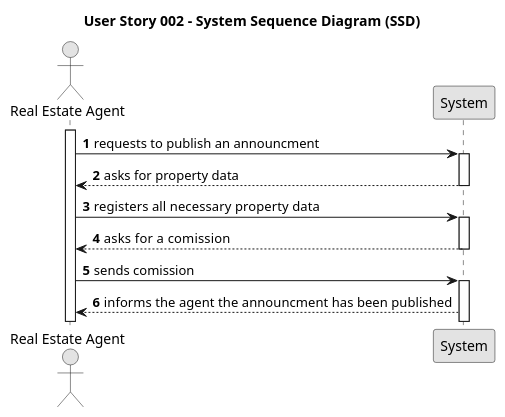
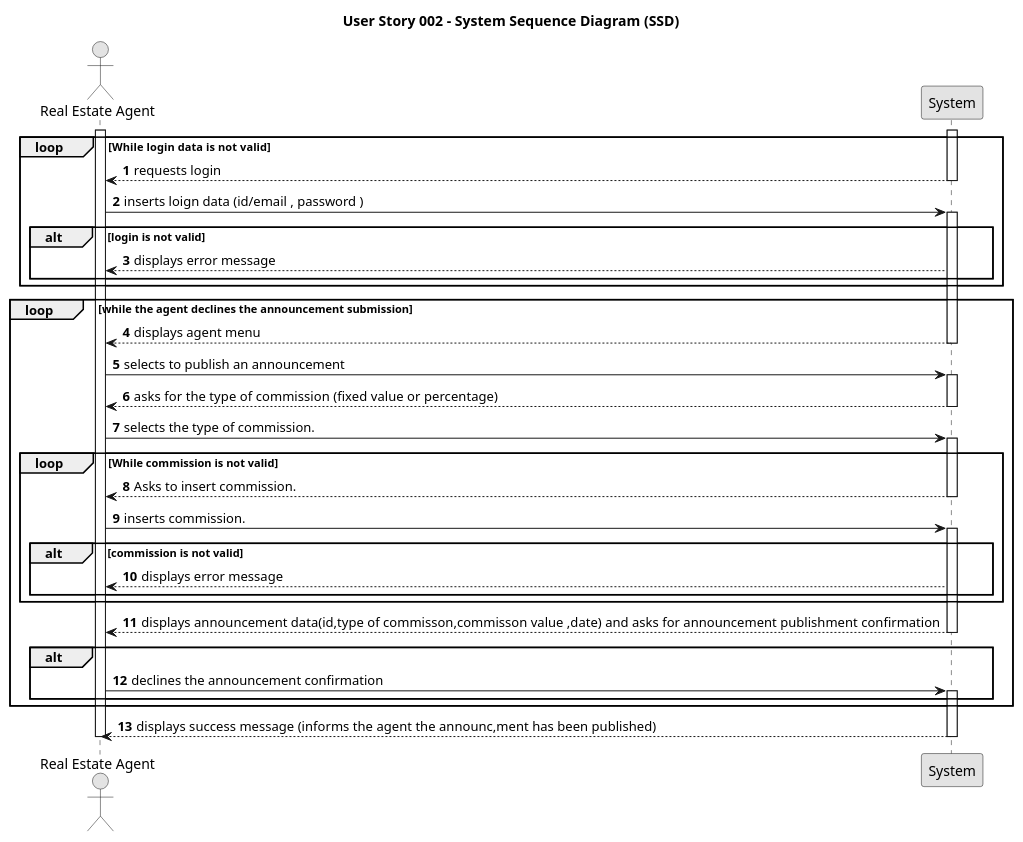
One commit to Rodrick0209/ISEP-LAPR2-22-23 changed the diagram in docs/Sprint-D/US002/01.requirements-engineering/puml/us002-system-sequence-diagram-alternative-one.puml. Above: the diagram before and after it, drawn with PlantUML. The commit also changed 26 other files, not shown here.

Commit message:
Esoft Global Requirments : domain model,project analysis, Use case Diagram and some more upadtes. Us002 Esoft almost finished ,ssd and domain model updated.

```diff
--- a/docs/Sprint-D/US002/01.requirements-engineering/puml/us002-system-sequence-diagram-alternative-one.puml
+++ b/docs/Sprint-D/US002/01.requirements-engineering/puml/us002-system-sequence-diagram-alternative-one.puml
@@ -1,50 +1,86 @@
 @startuml
 skinparam monochrome true
 skinparam packageStyle rectangle
 skinparam shadowing false
 
 title User Story 002 - System Sequence Diagram (SSD)
 
 
 autonumber
 
 
 
 actor "Real Estate Agent" as Agent
 participant "System" as System
 
 
 
 activate Agent
 
-Agent -> System : requests to publish an announcment
+loop While login data is  not valid
+activate System
+System --> Agent : requests login
+deactivate System
+Agent -> System : inserts loign data (id/email , password )
+alt login is not valid
+activate System
+System --> Agent : displays error message
+
+end
+end
 
 activate System
-
-    System --> Agent: asks for property data
-    deactivate System
+loop while the agent declines the announcement submission
 
 
-    Agent -> System :registers  all necessary property data
+System --> Agent: displays agent menu
 
-    activate System
+deactivate System
+ Agent -> System : selects to publish an announcement
 
-    System--> Agent:asks for a  comission
-     deactivate System
-   Agent-> System:sends comission
+ activate System
 
-   activate System
-System --> Agent : informs the agent the announcment  has been published
+ System --> Agent: asks for the type of commission (fixed value  or percentage)
 
+   deactivate System
+    Agent-> System: selects the type of commission.
+
+
+
+      loop While commission is not valid
+      activate System
+      System --> Agent: Asks to insert commission.
+      deactivate System
+
+       Agent -> System:  inserts commission.
+
+       alt commission is not valid
+       activate System
+       System --> Agent : displays error message
+       end
+       end
+
+
+   System --> Agent : displays announcement  data(id,type of commisson,commisson value ,date) and asks for announcement publishment confirmation
+   deactivate System
+
+alt
+  Agent -> System : declines the announcement confirmation
+  activate System
+  end
+  end
+  System --> Agent: displays success message  (informs the agent the announc,ment has been published)
+   deactivate System
+deactivate Agent
 
 
 
 
 
 
 
 
 
 
 
 @enduml
```
